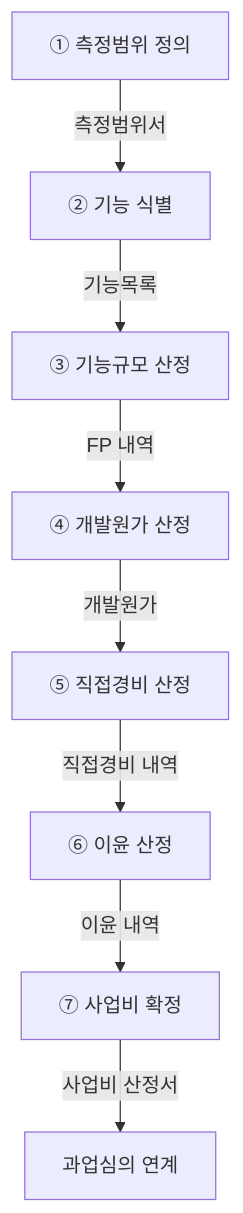
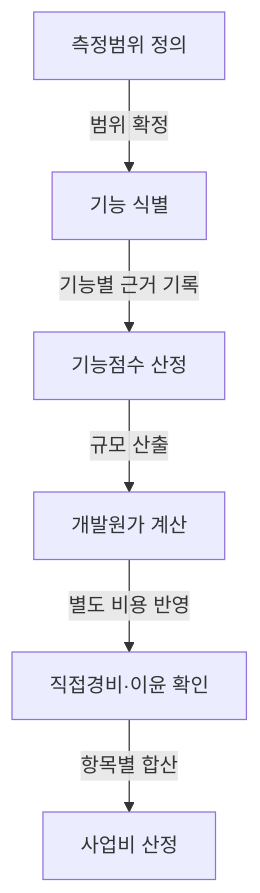
The first of 3 diagrams in src/content/docs/notes/itpe/01-it-strategy/026_software_cost_estimation.md (agnusdei1207/study), drawn with Mermaid before and after one commit. The commit also changed other lines of this file and 4 other files, not shown here.

````diff
--- a/src/content/docs/notes/itpe/01-it-strategy/026_software_cost_estimation.md
+++ b/src/content/docs/notes/itpe/01-it-strategy/026_software_cost_estimation.md
@@ -55,10 +57,8 @@
 ```mermaid
 flowchart TD
-    A["① 측정범위 정의"] -->|"측정범위서"| B["② 기능 식별"]
-    B -->|"기능목록"| C["③ 기능규모 산정"]
-    C -->|"FP 내역"| D["④ 개발원가 산정"]
-    D -->|"개발원가"| E["⑤ 직접경비 산정"]
-    E -->|"직접경비 내역"| F["⑥ 이윤 산정"]
-    F -->|"이윤 내역"| G["⑦ 사업비 확정"]
-    G -->|"사업비 산정서"| SY["과업심의 연계"]
+    A["측정범위 정의"] -->|범위 확정| B["기능 식별"]
+    B -->|기능별 근거 기록| C["기능점수 산정"]
+    C -->|규모 산출| D["개발원가 계산"]
+    D -->|별도 비용 반영| E["직접경비·이윤 확인"]
+    E -->|항목별 합산| F["사업비 산정"]
 ```
````
